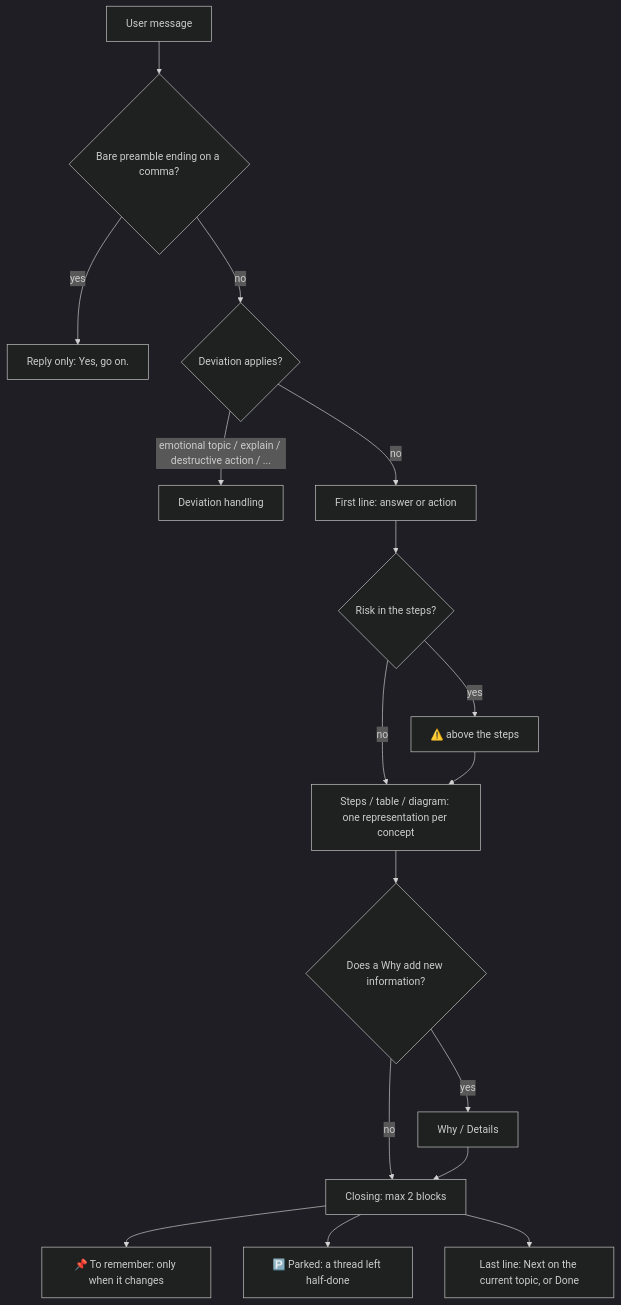
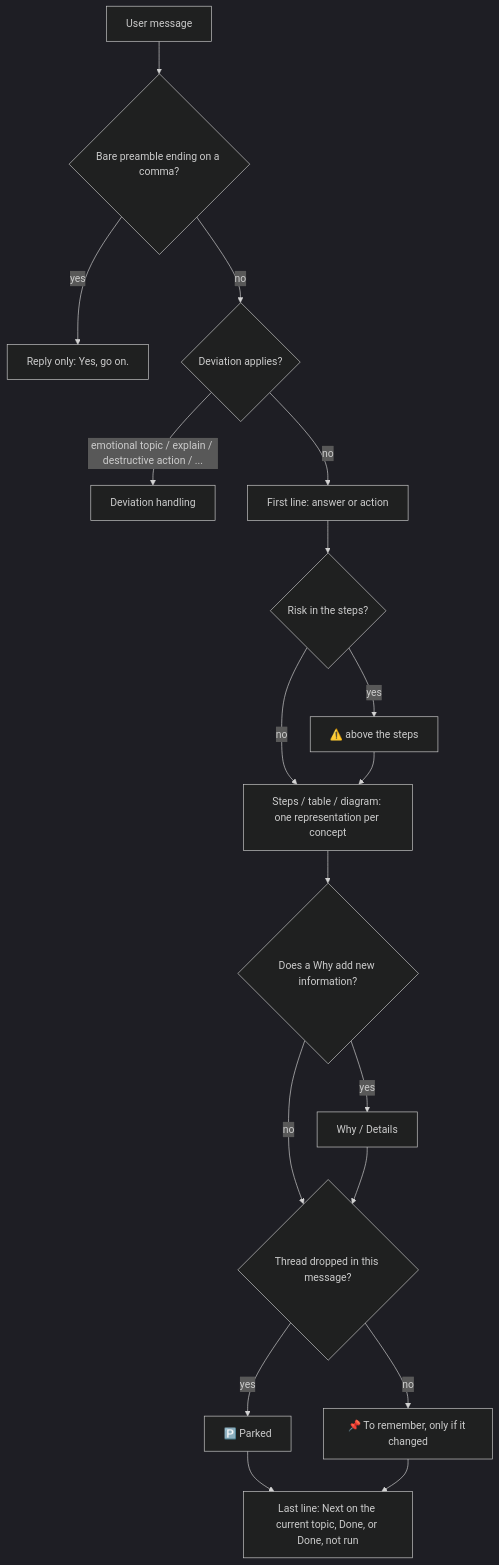
The diagram in README.md (JohnnyTriggerDev/twice-exceptional-skill), drawn with Mermaid (dark theme) before and after one commit. The commit also changed other lines of this file and 1 other file, not shown here.

Commit message:
Single closing rule
From a cold review: rule 27 showed To remember after a switch while G
held it back; G allowed two blocks without saying whether Done
counted; rules 18.2 and 19.4 added two more status formats.
- F. Closing: the last line is Next, Done or "Done, not run"; status
  and resume points go in the Next line; above it at most one block,
  Parked (wins) or To remember only if changed
- Rule 27: "or after a context switch" removed
- Pre-send check 4 and README updated to match

Claude-Session: https://claude.ai/code/session_014hA3pyEv4h4ntXdaCfeZ3R

````diff
--- a/README.md
+++ b/README.md
@@ -65,19 +65,20 @@
 ```mermaid
 flowchart TD
     A[User message] --> P{"Bare preamble ending on a comma?"}
     P -- yes --> P1["Reply only: Yes, go on."]
     P -- no --> B{"Deviation applies?"}
     B -- "emotional topic / explain / destructive action / ..." --> C[Deviation handling]
     B -- no --> D["First line: answer or action"]
     D --> E{"Risk in the steps?"}
     E -- yes --> E1["⚠️ above the steps"]
     E -- no --> F
     E1 --> F["Steps / table / diagram: one representation per concept"]
     F --> G{"Does a Why add new information?"}
     G -- yes --> G1["Why / Details"]
     G -- no --> H
-    G1 --> H["Closing: max 2 blocks"]
-    H --> I["📌 To remember: only when it changes"]
-    H --> J["🅿️ Parked: a thread left half-done"]
-    H --> K["Last line: Next on the current topic, or Done"]
+    G1 --> H{"Thread dropped in this message?"}
+    H -- yes --> J["🅿️ Parked"]
+    H -- no --> I["📌 To remember, only if it changed"]
+    J --> K["Last line: Next on the current topic, Done, or Done, not run"]
+    I --> K
 ```
````
